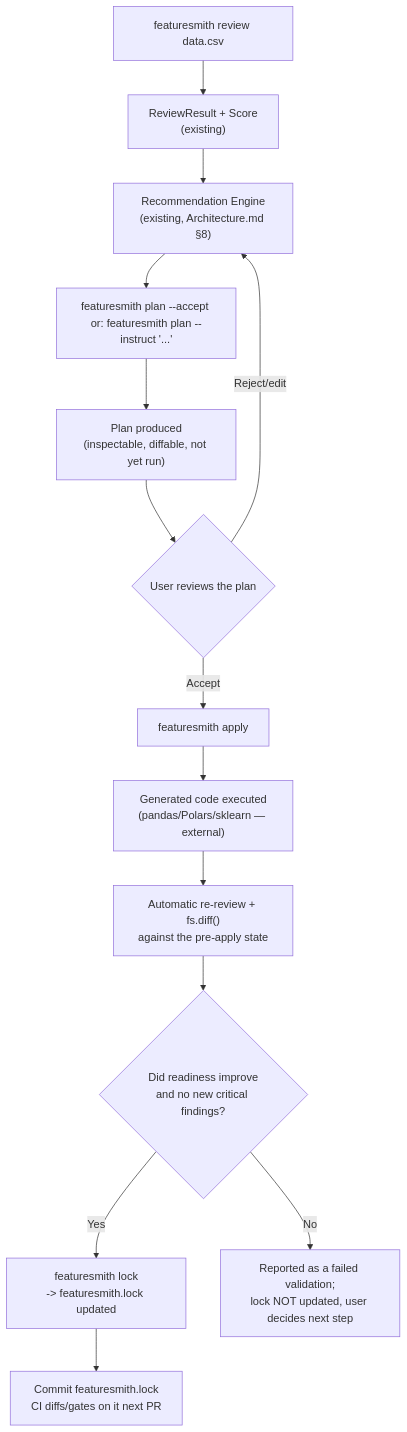
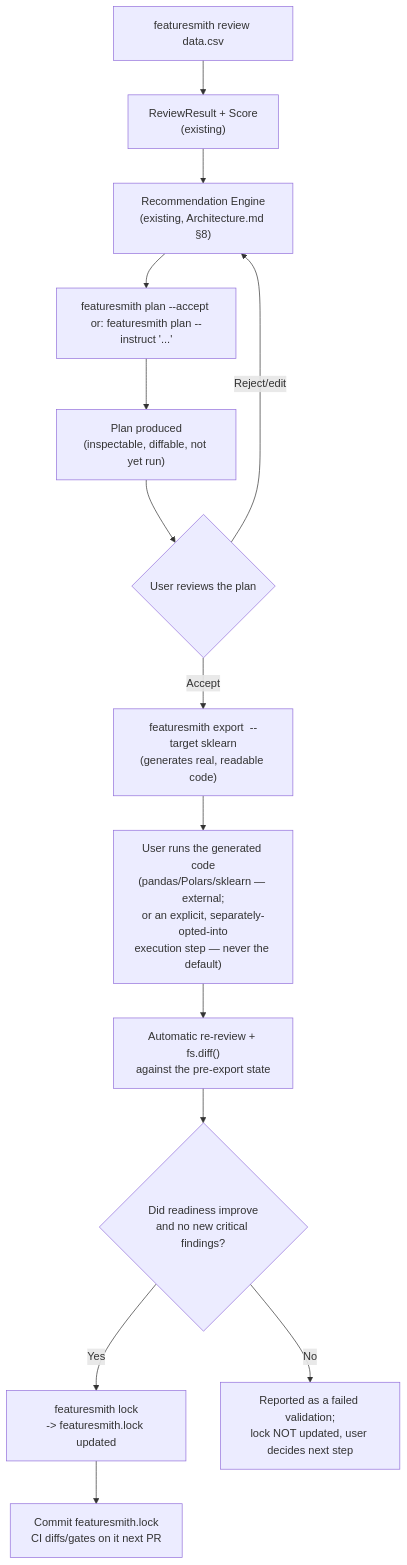
One commit to adityagangwani30/FeatureSmith changed the first of 2 diagrams in docs/features/Dataset-Contracts-And-Planning.md. Above: the diagram before and after it, drawn with Mermaid. The commit also changed other lines of this file and 15 other files, not shown here.

````diff
--- a/docs/features/Dataset-Contracts-And-Planning.md
+++ b/docs/features/Dataset-Contracts-And-Planning.md
@@ -56,16 +70,16 @@
 ```mermaid
 flowchart TB
     A["featuresmith review data.csv"] --> B["ReviewResult + Score\n(existing)"]
     B --> C["Recommendation Engine\n(existing, Architecture.md §8)"]
     C --> D["featuresmith plan --accept <finding-ids>\nor: featuresmith plan --instruct '...'"]
     D --> E["Plan produced\n(inspectable, diffable, not yet run)"]
     E --> F{"User reviews the plan"}
     F -->|Reject/edit| C
-    F -->|Accept| G["featuresmith apply <plan>"]
-    G --> H["Generated code executed\n(pandas/Polars/sklearn — external)"]
-    H --> I["Automatic re-review + fs.diff()\nagainst the pre-apply state"]
+    F -->|Accept| G["featuresmith export <plan> --target sklearn\n(generates real, readable code)"]
+    G --> H["User runs the generated code\n(pandas/Polars/sklearn — external;\nor an explicit, separately-opted-into\nexecution step — never the default)"]
+    H --> I["Automatic re-review + fs.diff()\nagainst the pre-export state"]
     I --> J{"Did readiness improve\nand no new critical findings?"}
     J -->|Yes| K["featuresmith lock\n-> featuresmith.lock updated"]
     J -->|No| L["Reported as a failed validation;\nlock NOT updated, user decides next step"]
     K --> M["Commit featuresmith.lock\nCI diffs/gates on it next PR"]
 ```
````
